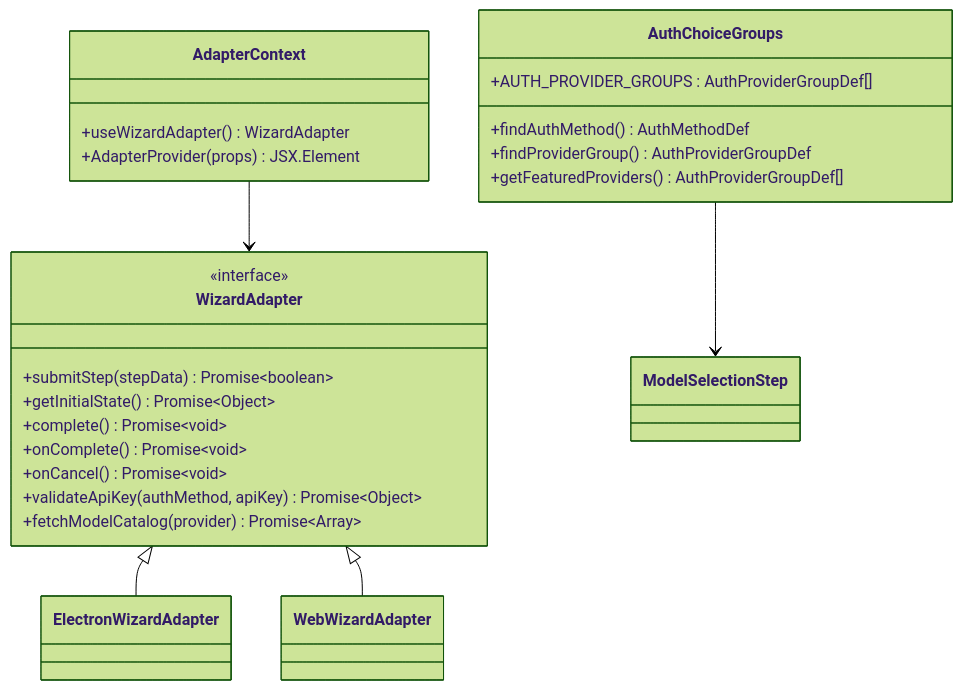
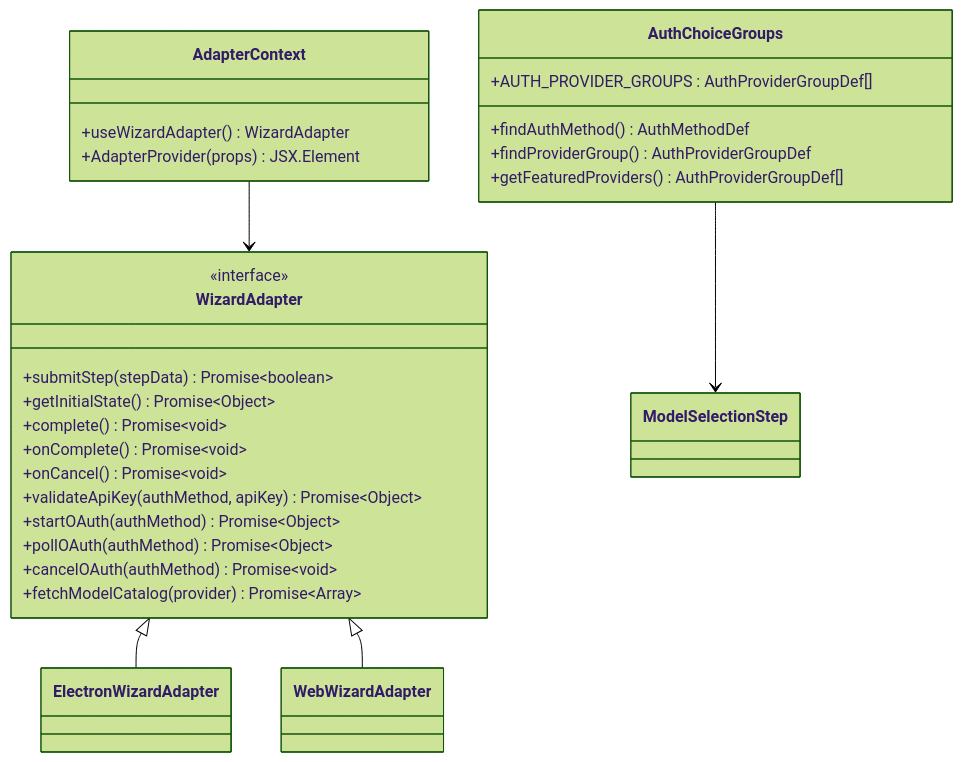
One commit to verse-ai-org/openclaw changed the fifth of 10 diagrams in .qoder/repowiki/zh/content/开发者指南/设置向导系统.md. Above: the diagram before and after it, drawn with Mermaid (forest theme). The commit also changed other lines of this file and 32 other files, not shown here.

````diff
--- a/.qoder/repowiki/zh/content/开发者指南/设置向导系统.md
+++ b/.qoder/repowiki/zh/content/开发者指南/设置向导系统.md
@@ -260,27 +277,30 @@
 ```mermaid
 classDiagram
 class WizardAdapter {
 <<interface>>
 +submitStep(stepData) Promise~boolean~
 +getInitialState() Promise~Object~
 +complete() Promise~void~
 +onComplete() Promise~void~
 +onCancel() Promise~void~
 +validateApiKey(authMethod, apiKey) Promise~Object~
++startOAuth(authMethod) Promise~Object~
++pollOAuth(authMethod) Promise~Object~
++cancelOAuth(authMethod) Promise~void~
 +fetchModelCatalog(provider) Promise~Array~
 }
 class AdapterContext {
 +useWizardAdapter() WizardAdapter
 +AdapterProvider(props) JSX.Element
 }
 class AuthChoiceGroups {
 +AUTH_PROVIDER_GROUPS : AuthProviderGroupDef[]
 +findAuthMethod() AuthMethodDef
 +findProviderGroup() AuthProviderGroupDef
 +getFeaturedProviders() AuthProviderGroupDef[]
 }
 WizardAdapter <|-- ElectronWizardAdapter
 WizardAdapter <|-- WebWizardAdapter
 AdapterContext --> WizardAdapter
 AuthChoiceGroups --> ModelSelectionStep
 ```
````
